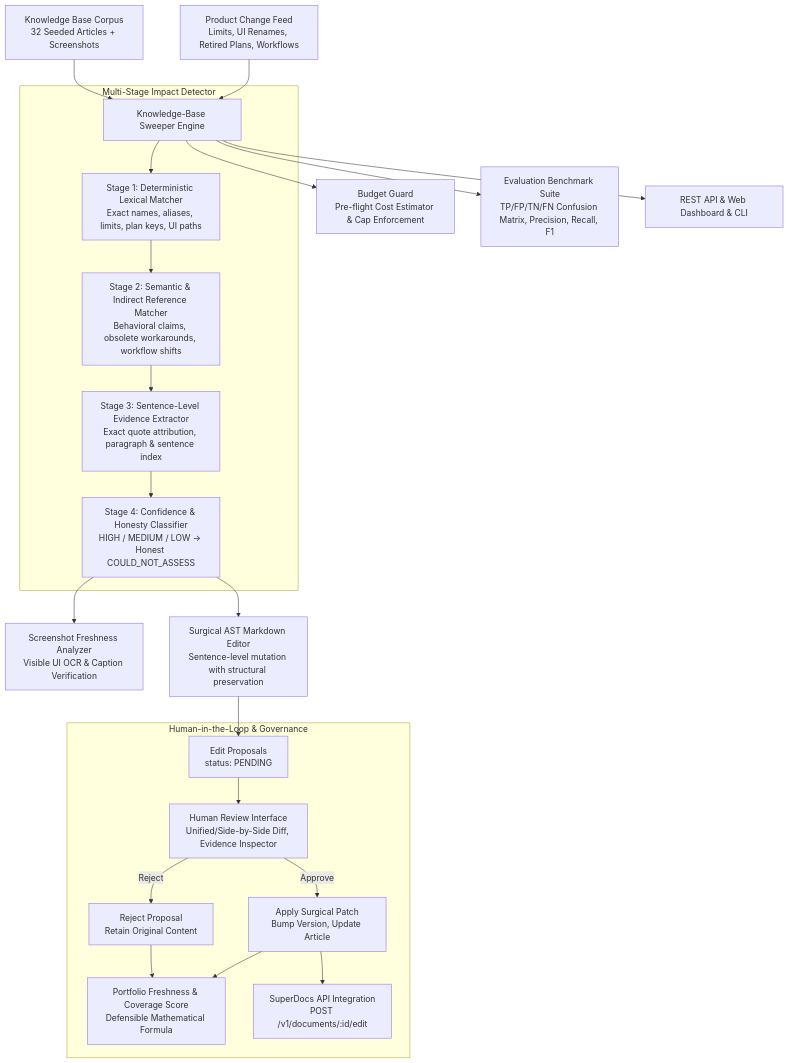
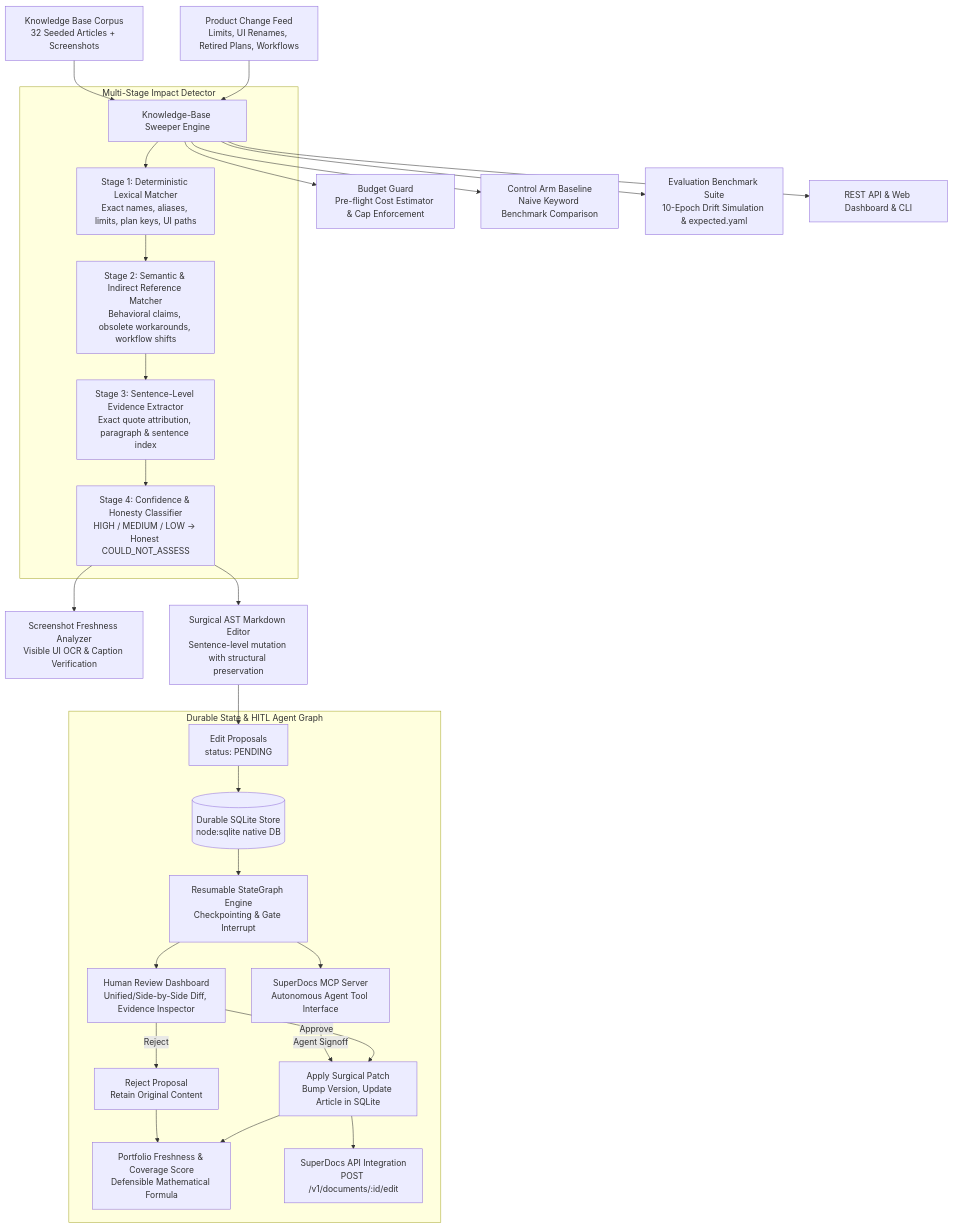
Before and after one commit to deadheaven07/superdocs-builds: the first of 2 diagrams in extensions/deadheaven07/knowledge-base-freshness-sweeper/README.md, drawn with Mermaid. The commit also changed other lines of this file and 31 other files, not shown here.

Commit message:
feat(sweeper): upgrade to top-2 candidate with control-arm drift benchmark, durable sqlite, resumable agent-graph, and mcp server

````diff
--- a/extensions/deadheaven07/knowledge-base-freshness-sweeper/README.md
+++ b/extensions/deadheaven07/knowledge-base-freshness-sweeper/README.md
@@ -5,30 +5,35 @@
 ```mermaid
 graph TD
     A[Product Change Feed<br/>Limits, UI Renames, Retired Plans, Workflows] --> B[Knowledge-Base Sweeper Engine]
     KB[Knowledge Base Corpus<br/>32 Seeded Articles + Screenshots] --> B
     
     subgraph MultiStageDetection [Multi-Stage Impact Detector]
         B --> S1[Stage 1: Deterministic Lexical Matcher<br/>Exact names, aliases, limits, plan keys, UI paths]
         S1 --> S2[Stage 2: Semantic & Indirect Reference Matcher<br/>Behavioral claims, obsolete workarounds, workflow shifts]
         S2 --> S3[Stage 3: Sentence-Level Evidence Extractor<br/>Exact quote attribution, paragraph & sentence index]
         S3 --> S4[Stage 4: Confidence & Honesty Classifier<br/>HIGH / MEDIUM / LOW -> Honest COULD_NOT_ASSESS]
     end
 
     S4 --> SS[Screenshot Freshness Analyzer<br/>Visible UI OCR & Caption Verification]
     S4 --> SE[Surgical AST Markdown Editor<br/>Sentence-level mutation with structural preservation]
     
     SE --> P[Edit Proposals<br/>status: PENDING]
     
-    subgraph ReviewAndFreshness [Human-in-the-Loop & Governance]
-        P --> HR[Human Review Interface<br/>Unified/Side-by-Side Diff, Evidence Inspector]
-        HR -->|Approve| AP[Apply Surgical Patch<br/>Bump Version, Update Article]
+    subgraph DurableAgentAndHITL [Durable State & HITL Agent Graph]
+        P --> DB[(Durable SQLite Store<br/>node:sqlite native DB)]
+        DB --> AG[Resumable StateGraph Engine<br/>Checkpointing & Gate Interrupt]
+        AG --> MCP[SuperDocs MCP Server<br/>Autonomous Agent Tool Interface]
+        AG --> HR[Human Review Dashboard<br/>Unified/Side-by-Side Diff, Evidence Inspector]
+        HR -->|Approve| AP[Apply Surgical Patch<br/>Bump Version, Update Article in SQLite]
         HR -->|Reject| RJ[Reject Proposal<br/>Retain Original Content]
+        MCP -->|Agent Signoff| AP
         AP --> FS[Portfolio Freshness & Coverage Score<br/>Defensible Mathematical Formula]
         RJ --> FS
         AP --> SD[SuperDocs API Integration<br/>POST /v1/documents/:id/edit]
     end
     
     B --> BG[Budget Guard<br/>Pre-flight Cost Estimator & Cap Enforcement]
-    B --> EV[Evaluation Benchmark Suite<br/>TP/FP/TN/FN Confusion Matrix, Precision, Recall, F1]
+    B --> CA[Control Arm Baseline<br/>Naive Keyword Benchmark Comparison]
+    B --> EV[Evaluation Benchmark Suite<br/>10-Epoch Drift Simulation & expected.yaml]
     B --> API[REST API & Web Dashboard & CLI]
 ```
````
